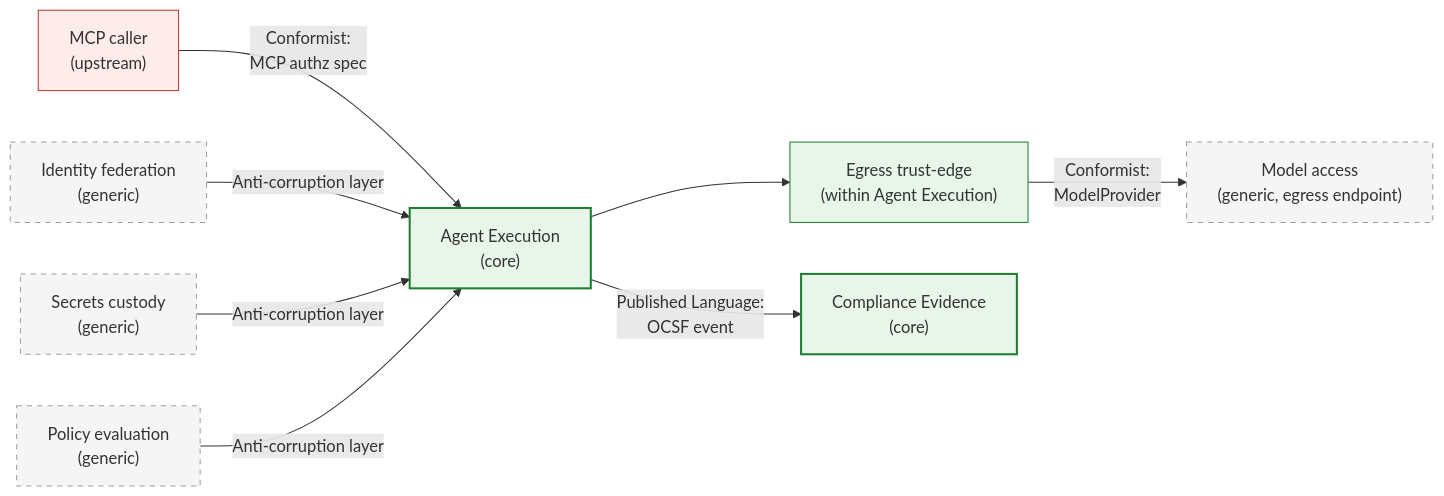
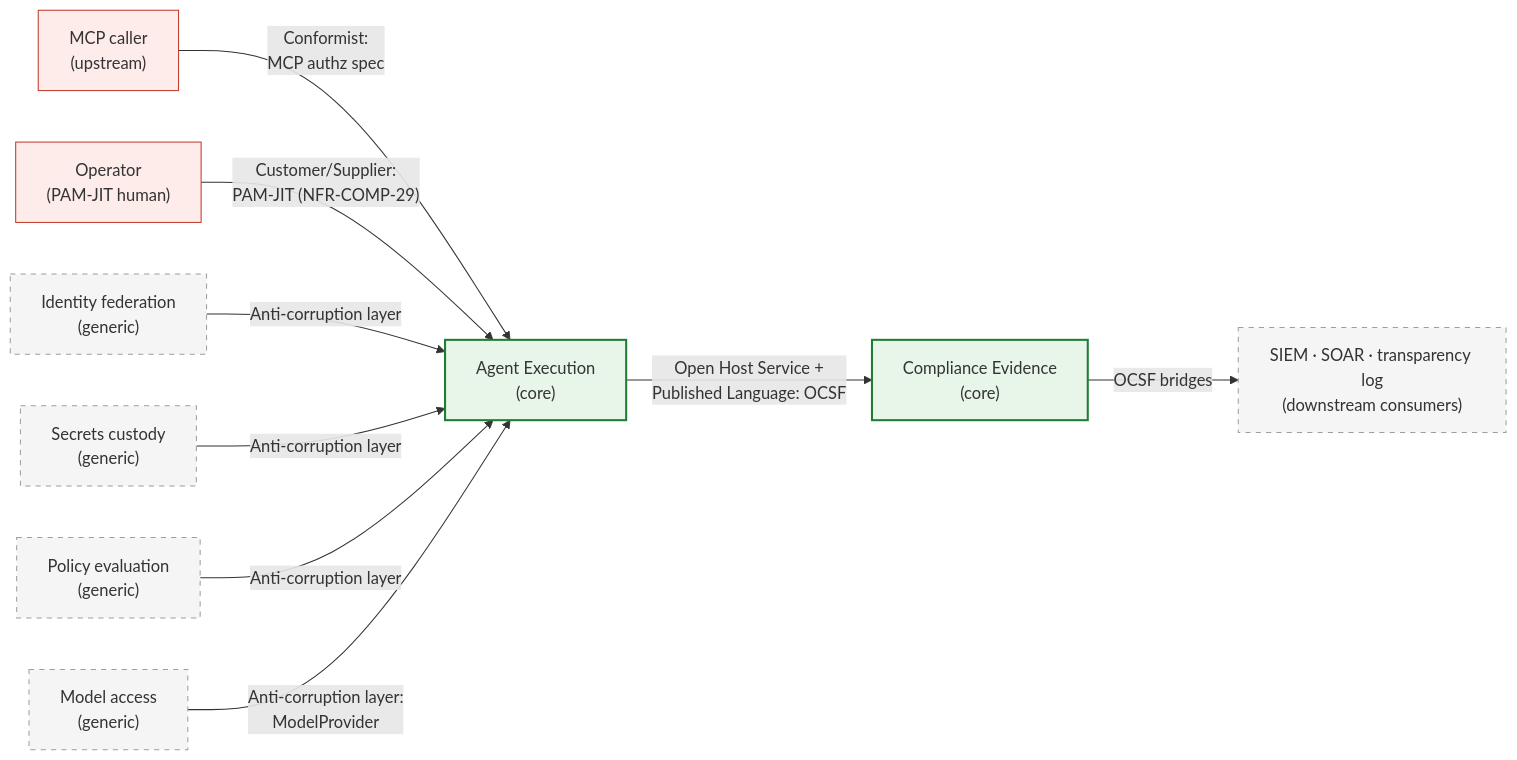
The second of 2 diagrams in docs/architecture/04-bounded-contexts.md (Wide-Moat/open-computer-use), drawn with Mermaid before and after one commit. The commit also changed other lines of this file and 1 other file, not shown here.

First line of the commit message:
docs(architecture): Layer 5 GSD-review batch — DDD rigor + goal-backward gaps

````diff
--- a/docs/architecture/04-bounded-contexts.md
+++ b/docs/architecture/04-bounded-contexts.md
@@ -74,26 +80,29 @@
 ```mermaid
 flowchart LR
     IDF["Identity federation<br/>(generic)"]
     SEC["Secrets custody<br/>(generic)"]
     POL["Policy evaluation<br/>(generic)"]
-    MOD["Model access<br/>(generic, egress endpoint)"]
+    MOD["Model access<br/>(generic)"]
     MCP["MCP caller<br/>(upstream)"]
+    OPER["Operator<br/>(PAM-JIT human)"]
     AEX["Agent Execution<br/>(core)"]
-    EDGE["Egress trust-edge<br/>(within Agent Execution)"]
     CEV["Compliance Evidence<br/>(core)"]
+    SINK["SIEM · SOAR · transparency log<br/>(downstream consumers)"]
     MCP -->|"Conformist:<br/>MCP authz spec"| AEX
+    OPER -->|"Customer/Supplier:<br/>PAM-JIT (NFR-COMP-29)"| AEX
     IDF -->|"Anti-corruption layer"| AEX
     SEC -->|"Anti-corruption layer"| AEX
     POL -->|"Anti-corruption layer"| AEX
-    AEX --> EDGE
-    EDGE -->|"Conformist:<br/>ModelProvider"| MOD
-    AEX -->|"Published Language:<br/>OCSF event"| CEV
+    MOD -->|"Anti-corruption layer:<br/>ModelProvider"| AEX
+    AEX -->|"Open Host Service +<br/>Published Language: OCSF"| CEV
+    CEV -->|"OCSF bridges"| SINK
     style AEX fill:#e8f5e9,stroke:#1e7e34,stroke-width:2px
-    style EDGE fill:#e8f5e9,stroke:#1e7e34
     style CEV fill:#e8f5e9,stroke:#1e7e34,stroke-width:2px
     style MOD fill:#f5f5f5,stroke:#9e9e9e,stroke-dasharray:5 5
     style IDF fill:#f5f5f5,stroke:#9e9e9e,stroke-dasharray:5 5
     style SEC fill:#f5f5f5,stroke:#9e9e9e,stroke-dasharray:5 5
     style POL fill:#f5f5f5,stroke:#9e9e9e,stroke-dasharray:5 5
+    style SINK fill:#f5f5f5,stroke:#9e9e9e,stroke-dasharray:5 5
     style MCP fill:#fdecea,stroke:#c0392b
+    style OPER fill:#fdecea,stroke:#c0392b
 ```
````
